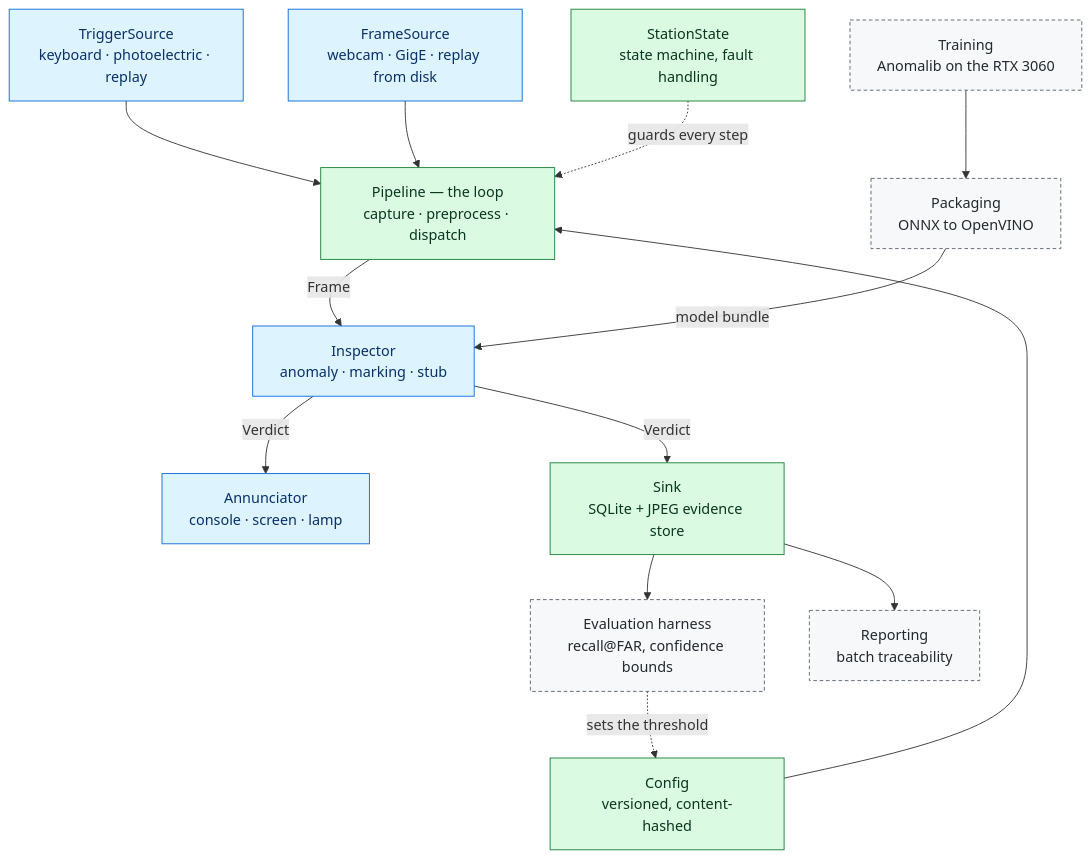
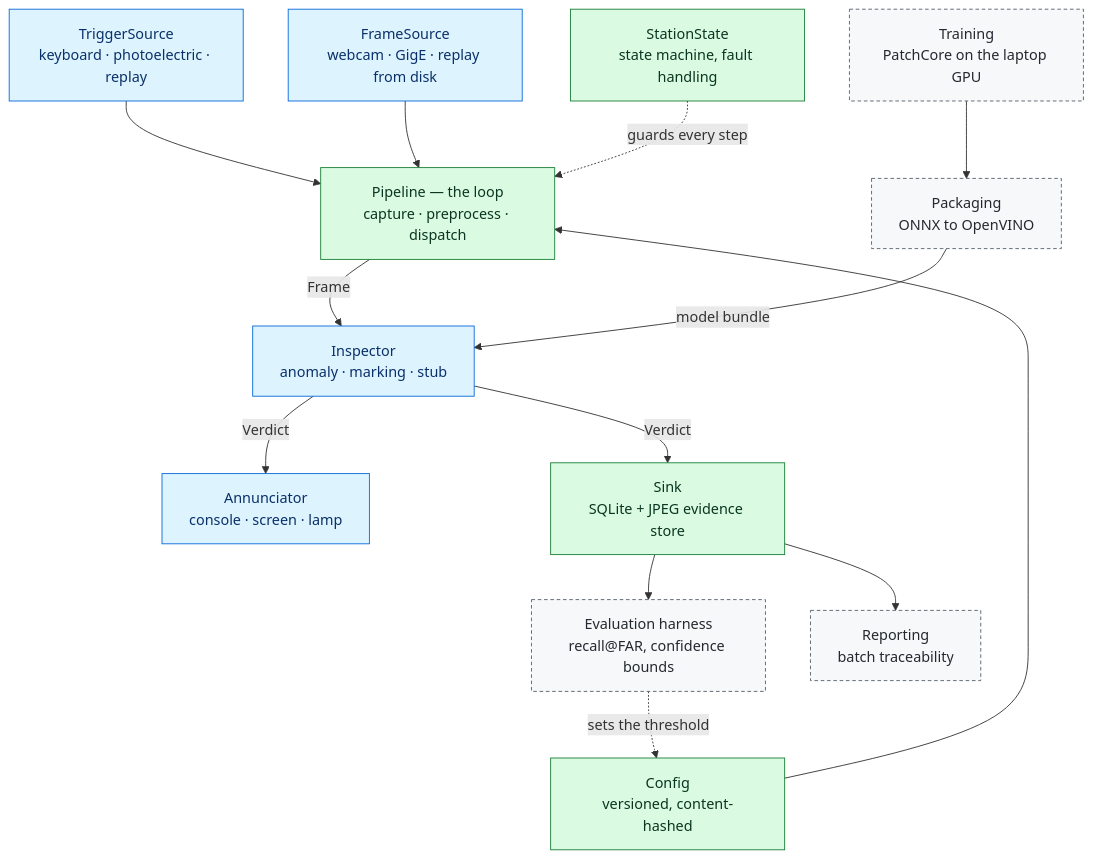
The third of 8 diagrams in docs/10-architecture.md (Ali-Jabowr/qs), drawn with Mermaid before and after one commit. The commit also changed other lines of this file and 9 other files, not shown here.

````diff
--- a/docs/10-architecture.md
+++ b/docs/10-architecture.md
@@ -155,32 +155,32 @@
 ```mermaid
 flowchart TB
     trig["TriggerSource<br/>keyboard · photoelectric · replay"]:::swap
     frame["FrameSource<br/>webcam · GigE · replay from disk"]:::swap
     cfg["Config<br/>versioned, content-hashed"]:::core
     state["StationState<br/>state machine, fault handling"]:::core
     pipe["Pipeline — the loop<br/>capture · preprocess · dispatch"]:::core
     insp["Inspector<br/>anomaly · marking · stub"]:::swap
     ann["Annunciator<br/>console · screen · lamp"]:::swap
     sink["Sink<br/>SQLite + JPEG evidence store"]:::core
     evalh["Evaluation harness<br/>recall@FAR, confidence bounds"]:::offline
     report["Reporting<br/>batch traceability"]:::offline
-    train["Training<br/>Anomalib on the RTX 3060"]:::offline
+    train["Training<br/>PatchCore on the laptop GPU"]:::offline
     pack["Packaging<br/>ONNX to OpenVINO"]:::offline
 
     trig --> pipe
     frame --> pipe
     cfg --> pipe
     state -.->|"guards every step"| pipe
     pipe -->|"Frame"| insp
     insp -->|"Verdict"| ann
     insp -->|"Verdict"| sink
     sink --> evalh
     sink --> report
     train --> pack
     pack -->|"model bundle"| insp
     evalh -.->|"sets the threshold"| cfg
 
     classDef swap fill:#ddf4ff,stroke:#0969da,color:#0a3069
     classDef core fill:#dafbe1,stroke:#1a7f37,color:#0a3622
     classDef offline fill:#f6f8fa,stroke:#57606a,color:#24292f,stroke-dasharray:4 3
 ```
````
